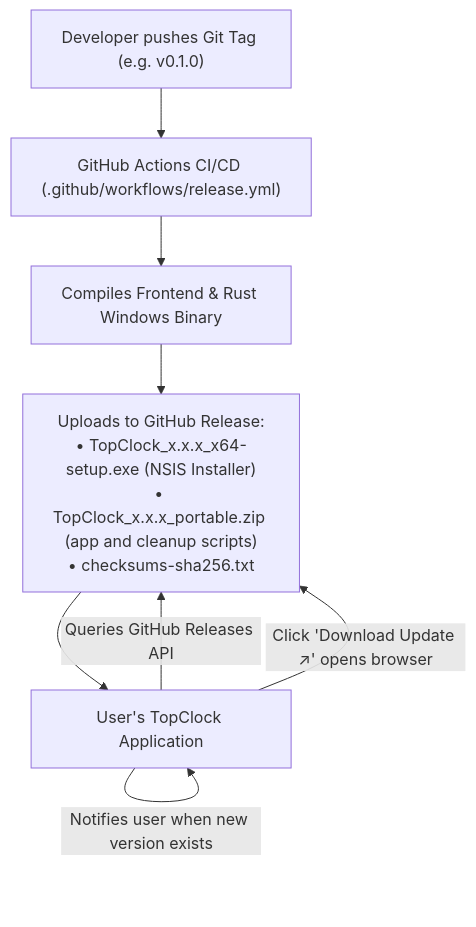
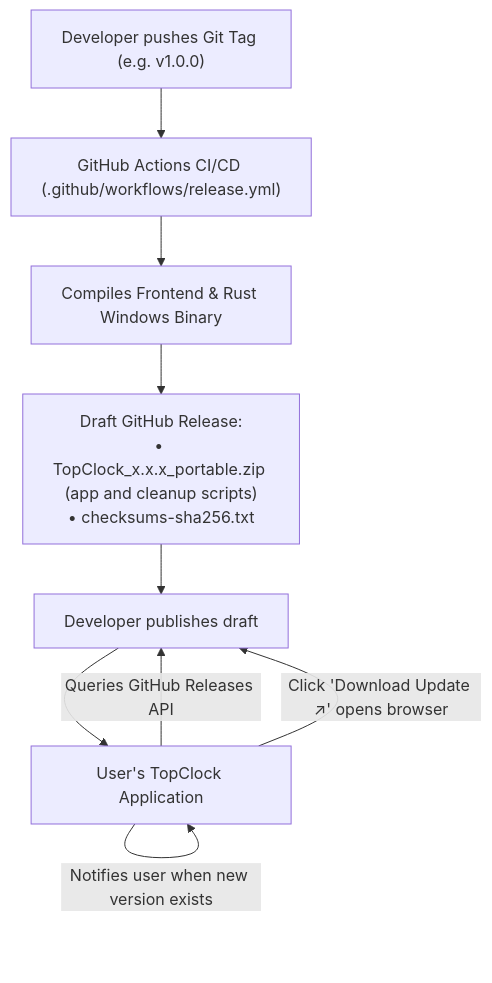
One commit to tbkmax/TopClock changed the diagram in doc/feature/UPDATE_SYSTEM.md. Above: the diagram before and after it, drawn with Mermaid. The commit also changed other lines of this file and 13 other files, not shown here.

````diff
--- a/doc/feature/UPDATE_SYSTEM.md
+++ b/doc/feature/UPDATE_SYSTEM.md
@@ -13,10 +13,11 @@
 ```mermaid
 flowchart TD
-    A["Developer pushes Git Tag (e.g. v0.1.0)"] --> B["GitHub Actions CI/CD (.github/workflows/release.yml)"]
+    A["Developer pushes Git Tag (e.g. v1.0.0)"] --> B["GitHub Actions CI/CD (.github/workflows/release.yml)"]
     B --> C["Compiles Frontend & Rust Windows Binary"]
-    C --> D["Uploads to GitHub Release:\n• TopClock_x.x.x_x64-setup.exe (NSIS Installer)\n• TopClock_x.x.x_portable.zip (app and cleanup scripts)\n• checksums-sha256.txt"]
-    D --> E["User's TopClock Application"]
-    E -->|Queries GitHub Releases API| D
+    C --> D["Draft GitHub Release:\n• TopClock_x.x.x_portable.zip (app and cleanup scripts)\n• checksums-sha256.txt"]
+    D --> P["Developer publishes draft"]
+    P --> E["User's TopClock Application"]
+    E -->|Queries GitHub Releases API| P
     E -->|Notifies user when new version exists| E
-    E -->|Click 'Download Update ↗' opens browser| D
+    E -->|Click 'Download Update ↗' opens browser| P
 ```
````
